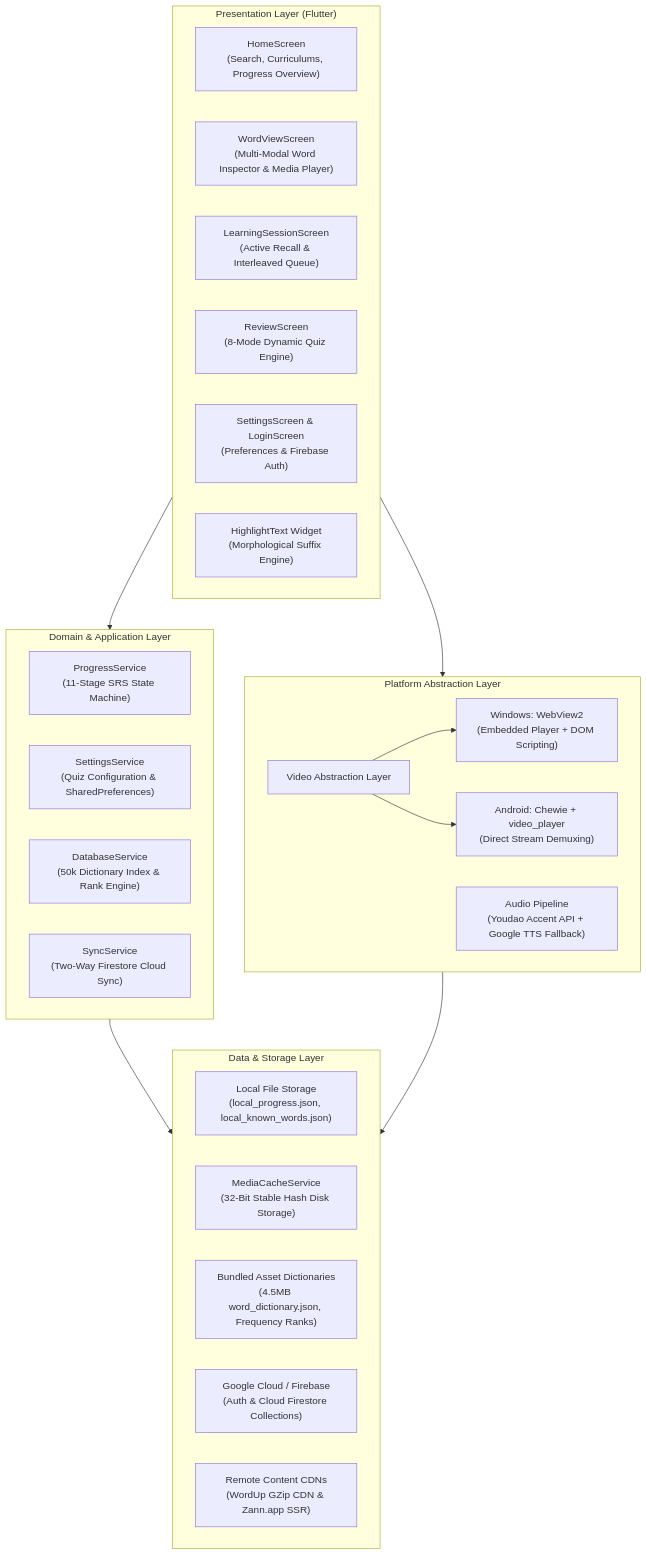
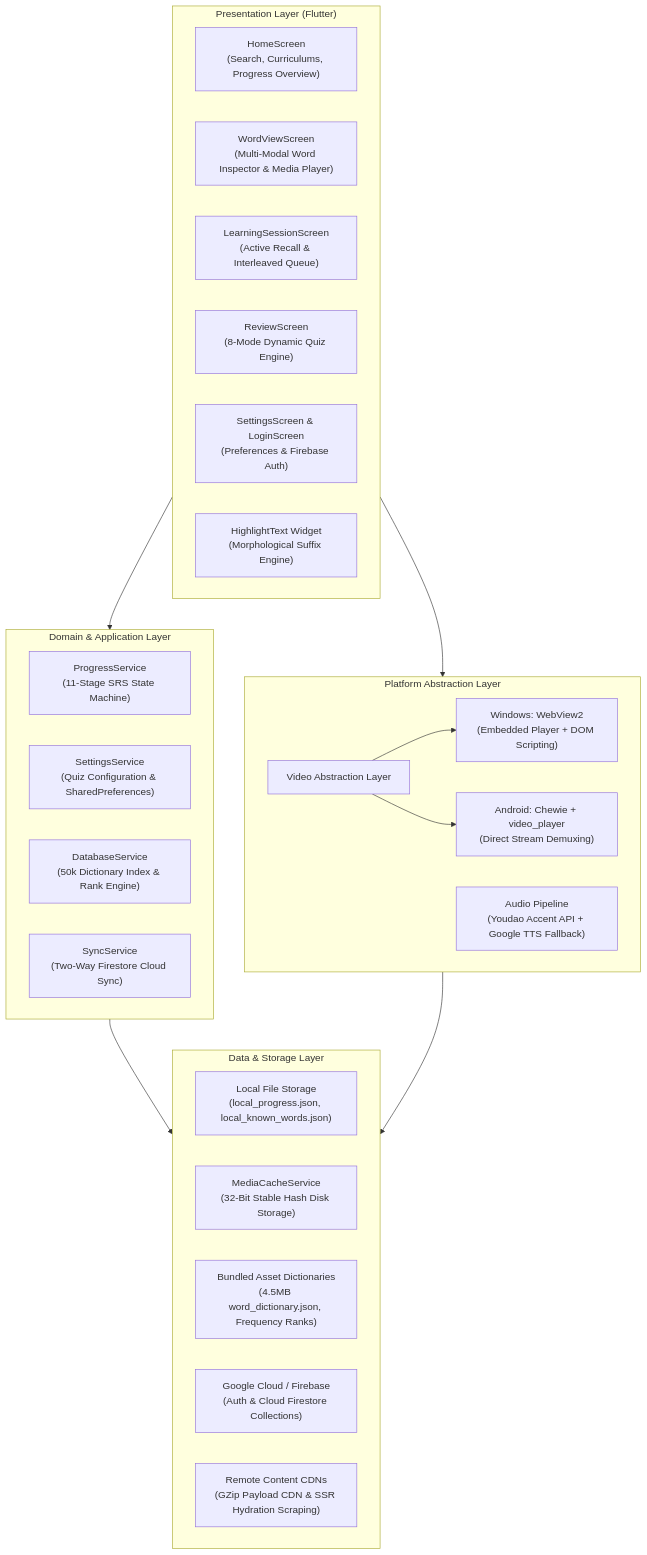
Before and after one commit to derfang/worddown: the first of 4 diagrams in docs/ARCHITECTURE.md, drawn with Mermaid. The commit also changed other lines of this file and 19 other files, not shown here.

````diff
--- a/docs/ARCHITECTURE.md
+++ b/docs/ARCHITECTURE.md
@@ -22,40 +22,40 @@
 ```mermaid
 graph TD
     subgraph UI ["Presentation Layer (Flutter)"]
         HomeScreen["HomeScreen<br/>(Search, Curriculums, Progress Overview)"]
         WordViewScreen["WordViewScreen<br/>(Multi-Modal Word Inspector & Media Player)"]
         LearningSession["LearningSessionScreen<br/>(Active Recall & Interleaved Queue)"]
         ReviewScreen["ReviewScreen<br/>(8-Mode Dynamic Quiz Engine)"]
         SettingsScreen["SettingsScreen & LoginScreen<br/>(Preferences & Firebase Auth)"]
         HighlightText["HighlightText Widget<br/>(Morphological Suffix Engine)"]
     end
 
     subgraph Domain ["Domain & Application Layer"]
         ProgressService["ProgressService<br/>(11-Stage SRS State Machine)"]
         SettingsService["SettingsService<br/>(Quiz Configuration & SharedPreferences)"]
         DatabaseService["DatabaseService<br/>(50k Dictionary Index & Rank Engine)"]
         SyncService["SyncService<br/>(Two-Way Firestore Cloud Sync)"]
     end
 
     subgraph Platform ["Platform Abstraction Layer"]
         VideoEngine["Video Abstraction Layer"]
         WinWebView["Windows: WebView2<br/>(Embedded Player + DOM Scripting)"]
         MobileChewie["Android: Chewie + video_player<br/>(Direct Stream Demuxing)"]
         AudioEngine["Audio Pipeline<br/>(Youdao Accent API + Google TTS Fallback)"]
     end
 
     subgraph Data ["Data & Storage Layer"]
         LocalDisk["Local File Storage<br/>(local_progress.json, local_known_words.json)"]
         MediaCache["MediaCacheService<br/>(32-Bit Stable Hash Disk Storage)"]
         Assets["Bundled Asset Dictionaries<br/>(4.5MB word_dictionary.json, Frequency Ranks)"]
         FirebaseCloud["Google Cloud / Firebase<br/>(Auth & Cloud Firestore Collections)"]
-        WordupCDN["Remote Content CDNs<br/>(WordUp GZip CDN & Zann.app SSR)"]
+        LexicalCDN["Remote Content CDNs<br/>(GZip Payload CDN & SSR Hydration Scraping)"]
     end
 
     UI --> Domain
     UI --> Platform
     Domain --> Data
     Platform --> Data
     VideoEngine --> WinWebView
     VideoEngine --> MobileChewie
 ```
````
